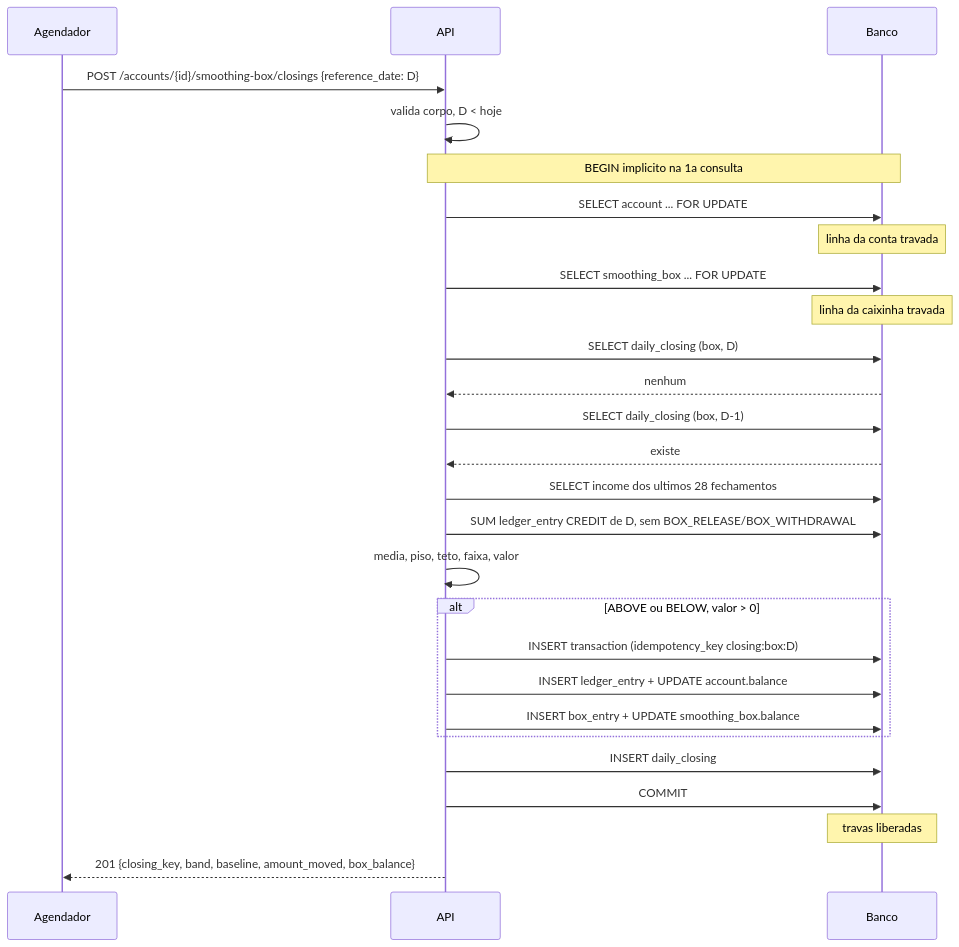
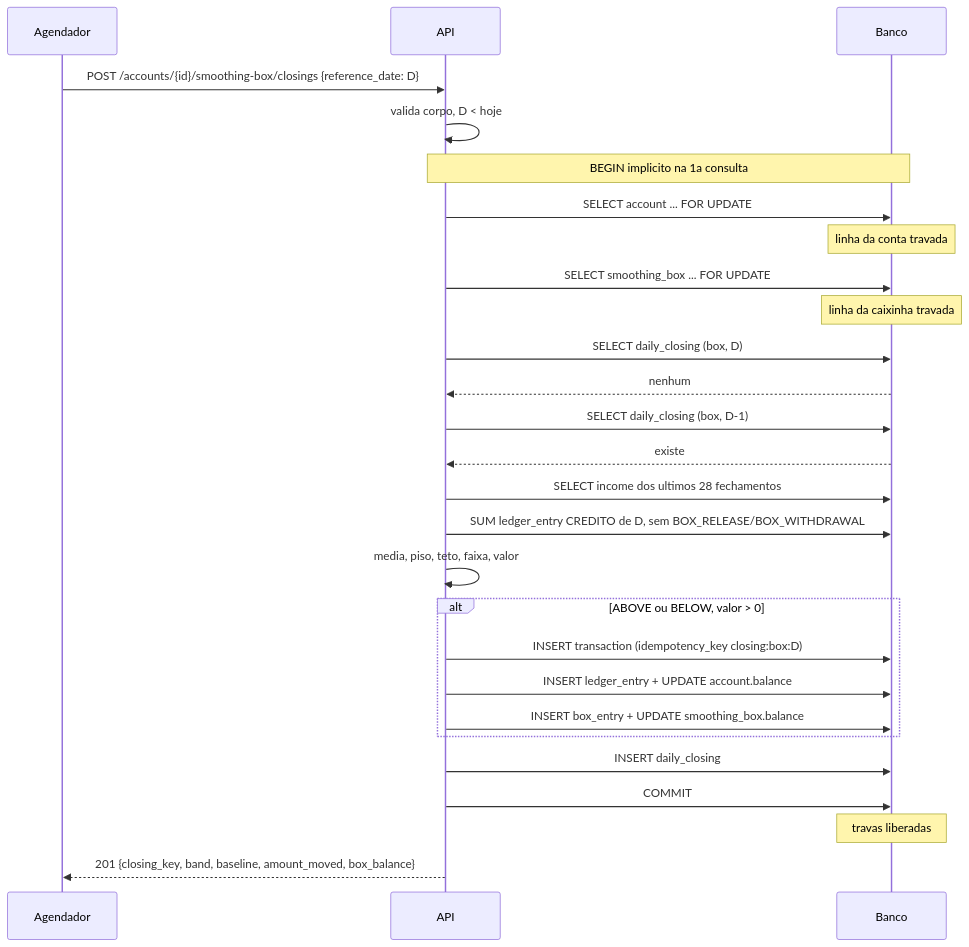
Before and after one commit to fernandobvm/bootcamp-qi-26-bankrepo: the tenth of 10 diagrams in bootcamp-rfc-modelo.md, drawn with Mermaid. The commit also changed other lines of this file, not shown here.

````diff
--- a/bootcamp-rfc-modelo.md
+++ b/bootcamp-rfc-modelo.md
@@ -405,29 +391,29 @@
 ```mermaid
 sequenceDiagram
     participant Ag as Agendador
     participant API
     participant DB as Banco
     Ag->>API: POST /accounts/{id}/smoothing-box/closings {reference_date: D}
     API->>API: valida corpo, D < hoje
     Note over API,DB: BEGIN implicito na 1a consulta
     API->>DB: SELECT account ... FOR UPDATE
     Note over DB: linha da conta travada
     API->>DB: SELECT smoothing_box ... FOR UPDATE
     Note over DB: linha da caixinha travada
     API->>DB: SELECT daily_closing (box, D)
     DB-->>API: nenhum
     API->>DB: SELECT daily_closing (box, D-1)
     DB-->>API: existe
     API->>DB: SELECT income dos ultimos 28 fechamentos
-    API->>DB: SUM ledger_entry CREDIT de D, sem BOX_RELEASE/BOX_WITHDRAWAL
+    API->>DB: SUM ledger_entry CREDITO de D, sem BOX_RELEASE/BOX_WITHDRAWAL
     API->>API: media, piso, teto, faixa, valor
     alt ABOVE ou BELOW, valor > 0
         API->>DB: INSERT transaction (idempotency_key closing:box:D)
         API->>DB: INSERT ledger_entry + UPDATE account.balance
         API->>DB: INSERT box_entry + UPDATE smoothing_box.balance
     end
     API->>DB: INSERT daily_closing
     API->>DB: COMMIT
     Note over DB: travas liberadas
     API-->>Ag: 201 {closing_key, band, baseline, amount_moved, box_balance}
 ```
````
